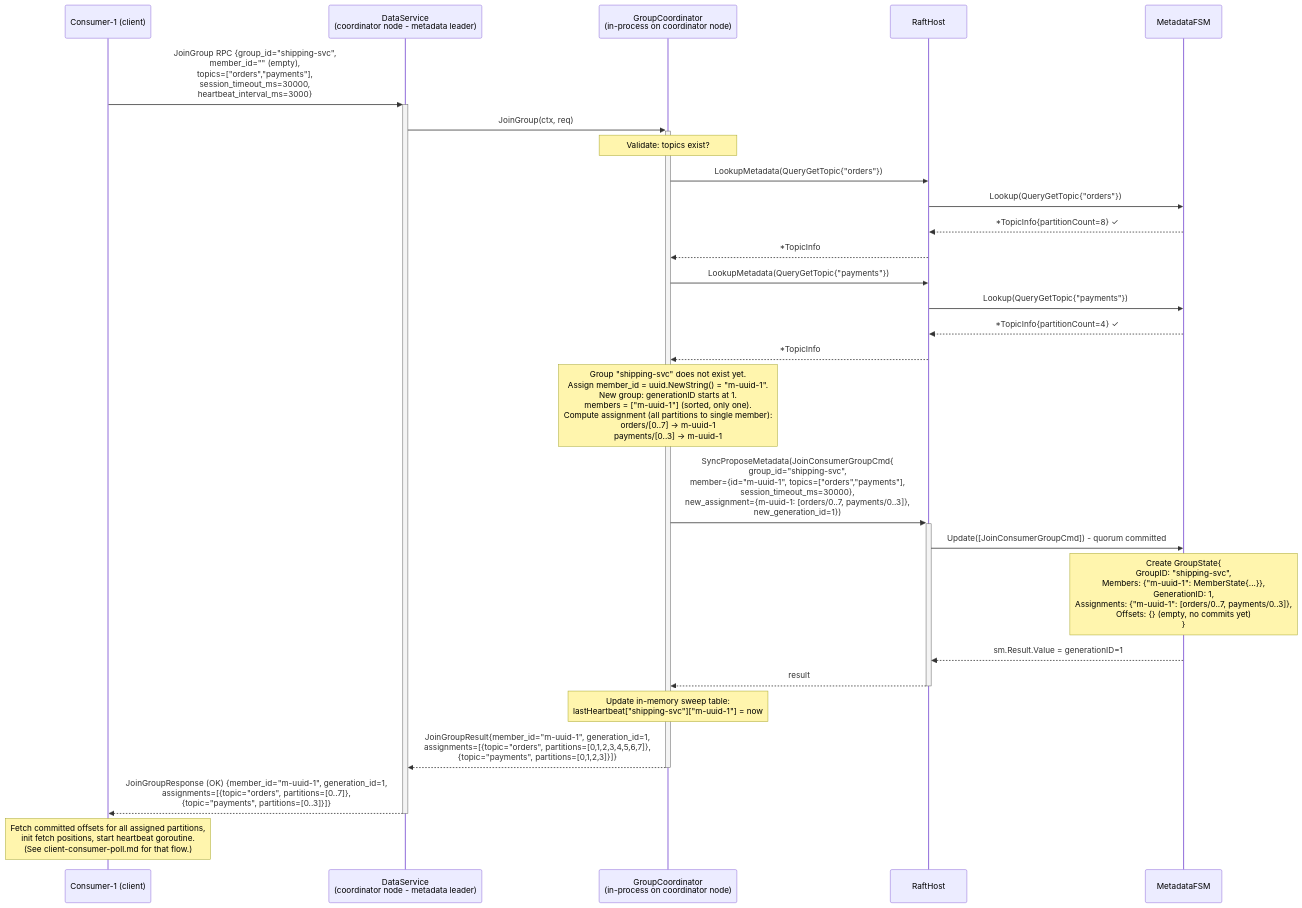
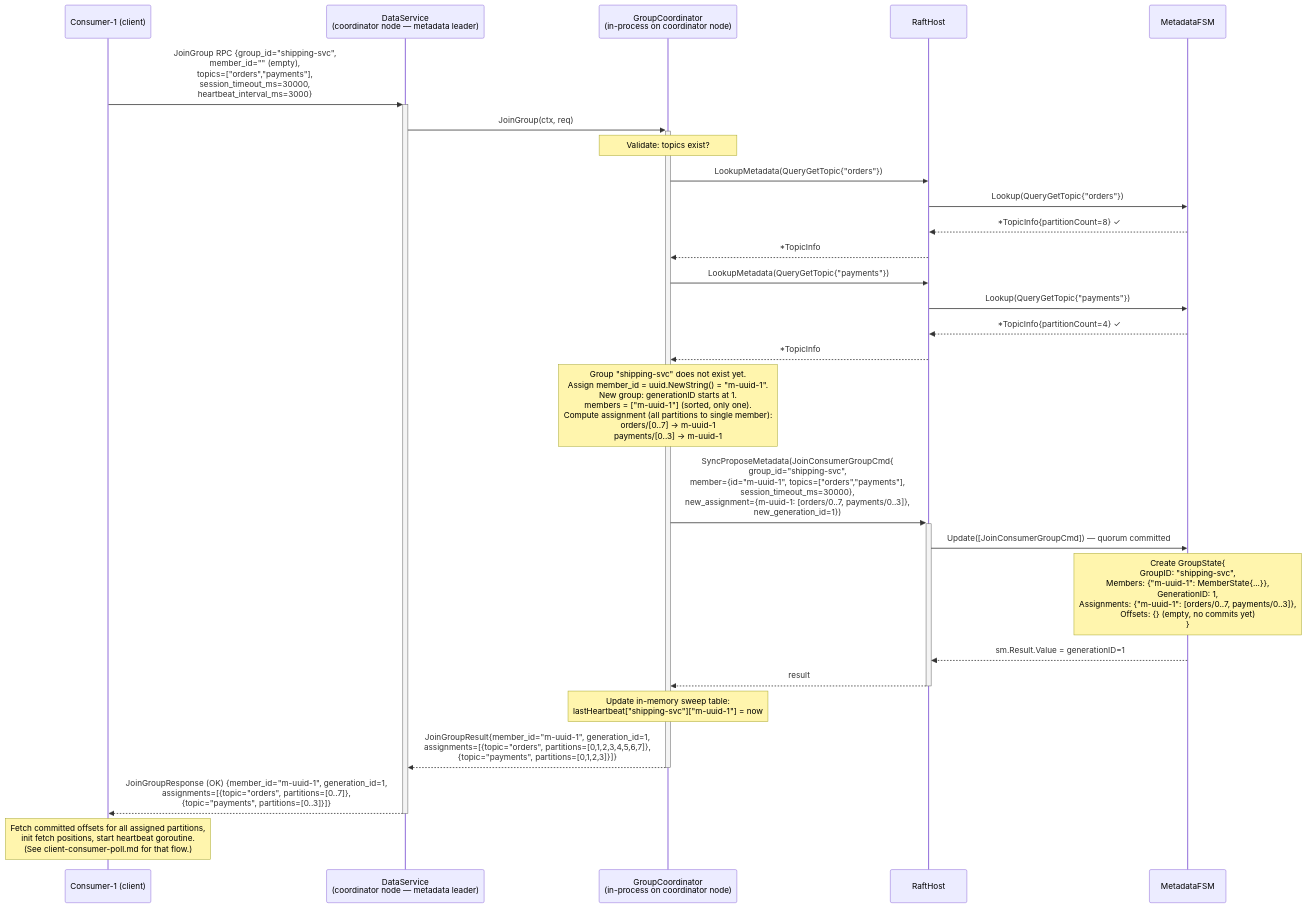
Before and after one commit to bunnymq/bunnymq: the first of 3 diagrams in docs/design/sequence/group-join.md, drawn with Mermaid. The commit also changed other lines of this file and 86 other files, not shown here.

````diff
--- a/docs/design/sequence/group-join.md
+++ b/docs/design/sequence/group-join.md
@@ -9,40 +9,40 @@
 ```mermaid
 sequenceDiagram
     participant C1 as Consumer-1 (client)
-    participant DAPI as DataService<br/>(coordinator node - metadata leader)
+    participant DAPI as DataService<br/>(coordinator node — metadata leader)
     participant GC as GroupCoordinator<br/>(in-process on coordinator node)
     participant RH as RaftHost
     participant MFSM as MetadataFSM
 
     C1->>+DAPI: JoinGroup RPC {group_id="shipping-svc",<br/>member_id="" (empty),<br/>topics=["orders","payments"],<br/>session_timeout_ms=30000,<br/>heartbeat_interval_ms=3000}
 
     DAPI->>+GC: JoinGroup(ctx, req)
 
     Note over GC: Validate: topics exist?
     GC->>RH: LookupMetadata(QueryGetTopic{"orders"})
     RH->>MFSM: Lookup(QueryGetTopic{"orders"})
     MFSM-->>RH: *TopicInfo{partitionCount=8} ✓
     RH-->>GC: *TopicInfo
 
     GC->>RH: LookupMetadata(QueryGetTopic{"payments"})
     RH->>MFSM: Lookup(QueryGetTopic{"payments"})
     MFSM-->>RH: *TopicInfo{partitionCount=4} ✓
     RH-->>GC: *TopicInfo
 
     Note over GC: Group "shipping-svc" does not exist yet.<br/>Assign member_id = uuid.NewString() = "m-uuid-1".<br/>New group: generationID starts at 1.<br/>members = ["m-uuid-1"] (sorted, only one).<br/>Compute assignment (all partitions to single member):<br/>  orders/[0..7] → m-uuid-1<br/>  payments/[0..3] → m-uuid-1
 
     GC->>+RH: SyncProposeMetadata(JoinConsumerGroupCmd{<br/>group_id="shipping-svc",<br/>member={id="m-uuid-1", topics=["orders","payments"],<br/>session_timeout_ms=30000},<br/>new_assignment={m-uuid-1: [orders/0..7, payments/0..3]},<br/>new_generation_id=1})
 
-    RH->>MFSM: Update([JoinConsumerGroupCmd]) - quorum committed
+    RH->>MFSM: Update([JoinConsumerGroupCmd]) — quorum committed
     Note over MFSM: Create GroupState{<br/>  GroupID: "shipping-svc",<br/>  Members: {"m-uuid-1": MemberState{...}},<br/>  GenerationID: 1,<br/>  Assignments: {"m-uuid-1": [orders/0..7, payments/0..3]},<br/>  Offsets: {}  (empty, no commits yet)<br/>}
     MFSM-->>RH: sm.Result.Value = generationID=1
     RH-->>-GC: result
 
     Note over GC: Update in-memory sweep table:<br/>lastHeartbeat["shipping-svc"]["m-uuid-1"] = now
 
     GC-->>-DAPI: JoinGroupResult{member_id="m-uuid-1", generation_id=1,<br/>assignments=[{topic="orders", partitions=[0,1,2,3,4,5,6,7]},<br/>{topic="payments", partitions=[0,1,2,3]}]}
 
     DAPI-->>-C1: JoinGroupResponse (OK) {member_id="m-uuid-1", generation_id=1,<br/>assignments=[{topic="orders", partitions=[0..7]},<br/>{topic="payments", partitions=[0..3]}]}
 
     Note over C1: Fetch committed offsets for all assigned partitions,<br/>init fetch positions, start heartbeat goroutine.<br/>(See client-consumer-poll.md for that flow.)
 ```
````
